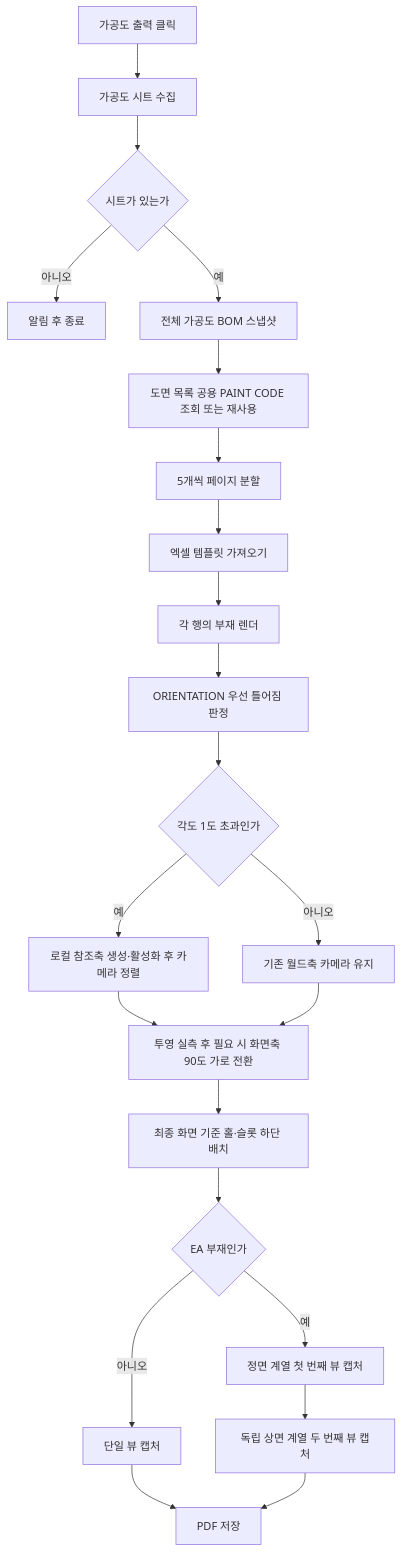
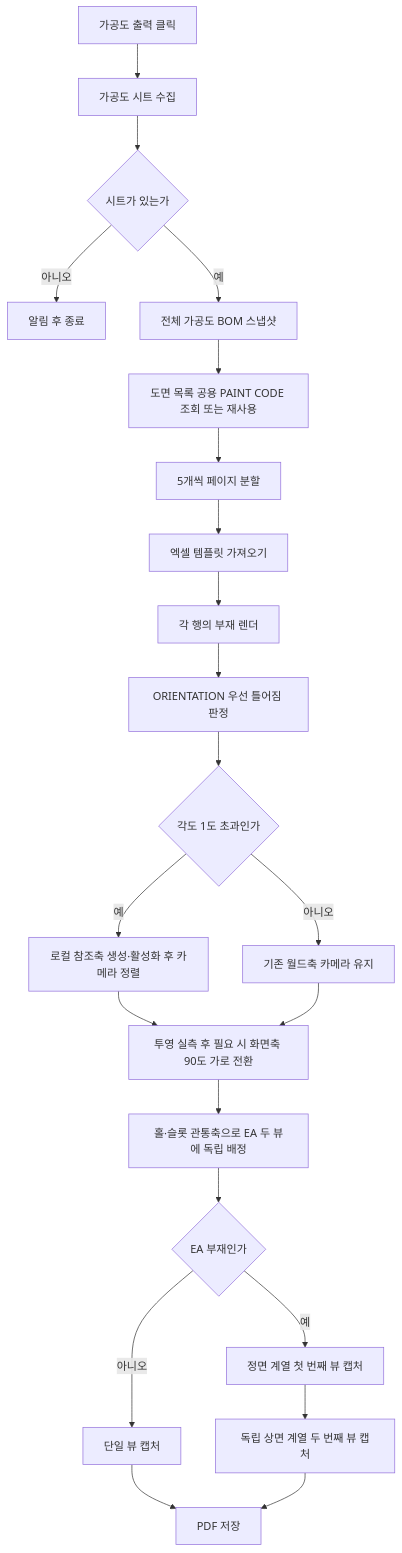
The diagram in docs/기능/가공도/가공도 시트.md (uuuuj/a2z), drawn with Mermaid before and after one commit. The commit also changed other lines of this file and 9 other files, not shown here.

````diff
--- a/docs/기능/가공도/가공도 시트.md
+++ b/docs/기능/가공도/가공도 시트.md
@@ -27,24 +27,24 @@
 ```mermaid
 flowchart TD
     A["가공도 출력 클릭"] --> B["가공도 시트 수집"]
     B --> C{"시트가 있는가"}
     C -- 아니오 --> D["알림 후 종료"]
     C -- 예 --> E["전체 가공도 BOM 스냅샷"]
     E --> E1["도면 목록 공용 PAINT CODE 조회 또는 재사용"]
     E1 --> F["5개씩 페이지 분할"]
     F --> G["엑셀 템플릿 가져오기"]
     G --> H["각 행의 부재 렌더"]
     H --> H1["ORIENTATION 우선 틀어짐 판정"]
     H1 --> H2{"각도 1도 초과인가"}
     H2 -- 예 --> H3["로컬 참조축 생성·활성화 후 카메라 정렬"]
     H2 -- 아니오 --> H4["기존 월드축 카메라 유지"]
     H3 --> H5["투영 실측 후 필요 시 화면축 90도 가로 전환"]
     H4 --> H5
-    H5 --> H6["최종 화면 기준 홀·슬롯 하단 배치"]
+    H5 --> H6["홀·슬롯 관통축으로 EA 두 뷰에 독립 배정"]
     H6 --> I{"EA 부재인가"}
     I -- 아니오 --> J["단일 뷰 캡처"]
     I -- 예 --> K["정면 계열 첫 번째 뷰 캡처"]
     K --> L["독립 상면 계열 두 번째 뷰 캡처"]
     J --> M["PDF 저장"]
     L --> M
 ```
````
